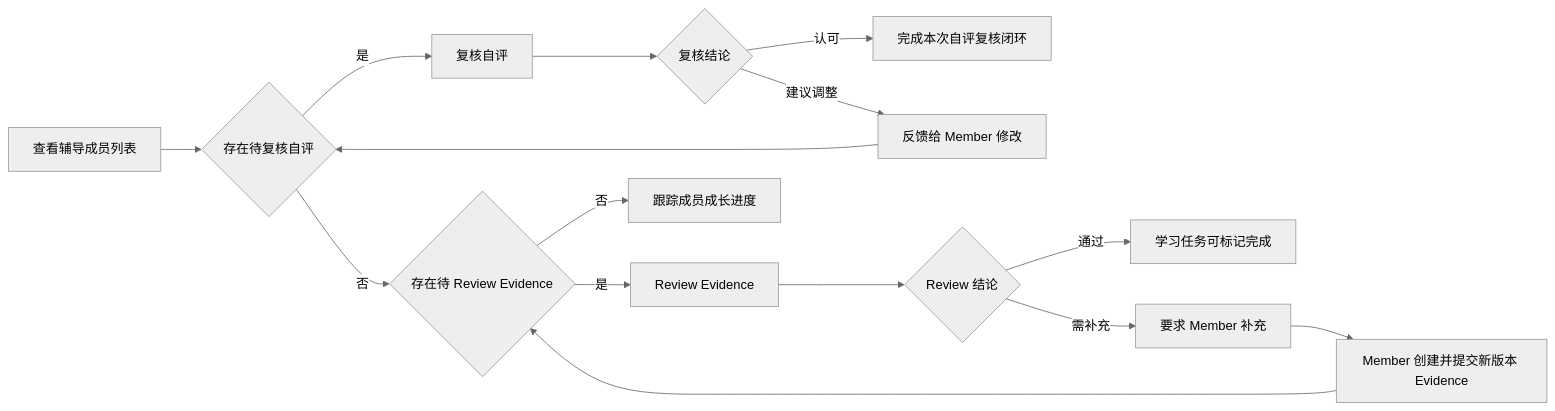
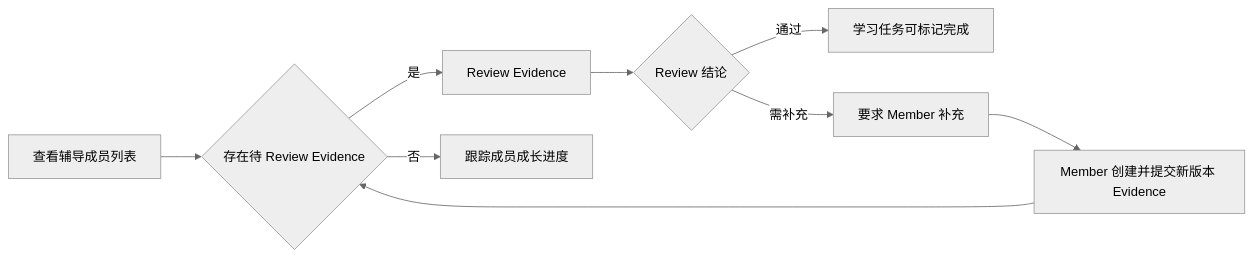
One commit to yinhui198456/team-capability-platform changed the third of 11 diagrams in docs/02_Design.md. Above: the diagram before and after it, drawn with Mermaid (neutral theme). The commit also changed other lines of this file and 15 other files, not shown here.

````diff
--- a/docs/02_Design.md
+++ b/docs/02_Design.md
@@ -211,17 +208,11 @@
 ```mermaid
 flowchart LR
-    A[查看辅导成员列表] --> B{存在待复核自评}
-    B -->|是| C[复核自评]
-    C --> D{复核结论}
-    D -->|认可| E[完成本次自评复核闭环]
-    D -->|建议调整| F[反馈给 Member 修改]
-    F --> B
-    B -->|否| G{存在待 Review Evidence}
-    G -->|是| H[Review Evidence]
-    H --> I{Review 结论}
-    I -->|通过| J[学习任务可标记完成]
-    I -->|需补充| K[要求 Member 补充]
-    K --> M[Member 创建并提交新版本 Evidence]
-    M --> G
-    G -->|否| N[跟踪成员成长进度]
+    A[查看辅导成员列表] --> B{存在待 Review Evidence}
+    B -->|是| C[Review Evidence]
+    C --> D{Review 结论}
+    D -->|通过| E[学习任务可标记完成]
+    D -->|需补充| F[要求 Member 补充]
+    F --> G[Member 创建并提交新版本 Evidence]
+    G --> B
+    B -->|否| H[跟踪成员成长进度]
 ```
````
